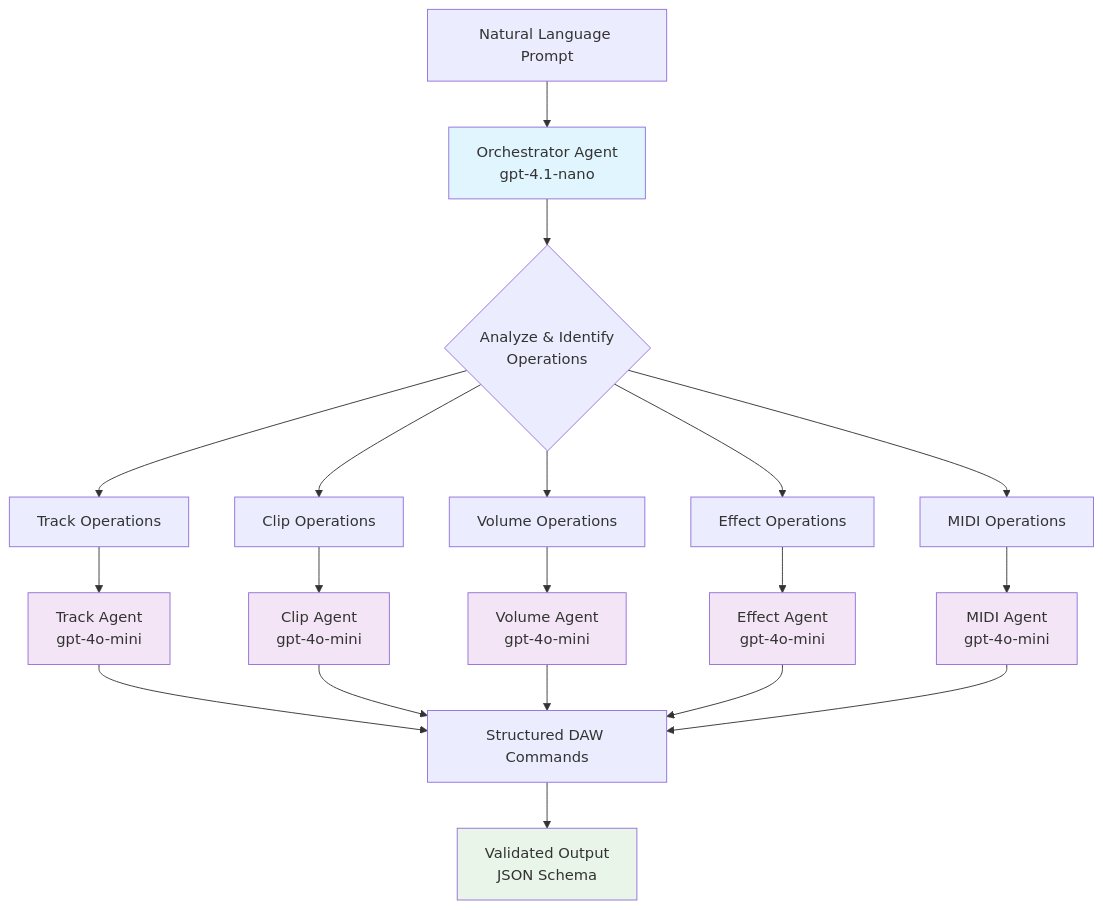
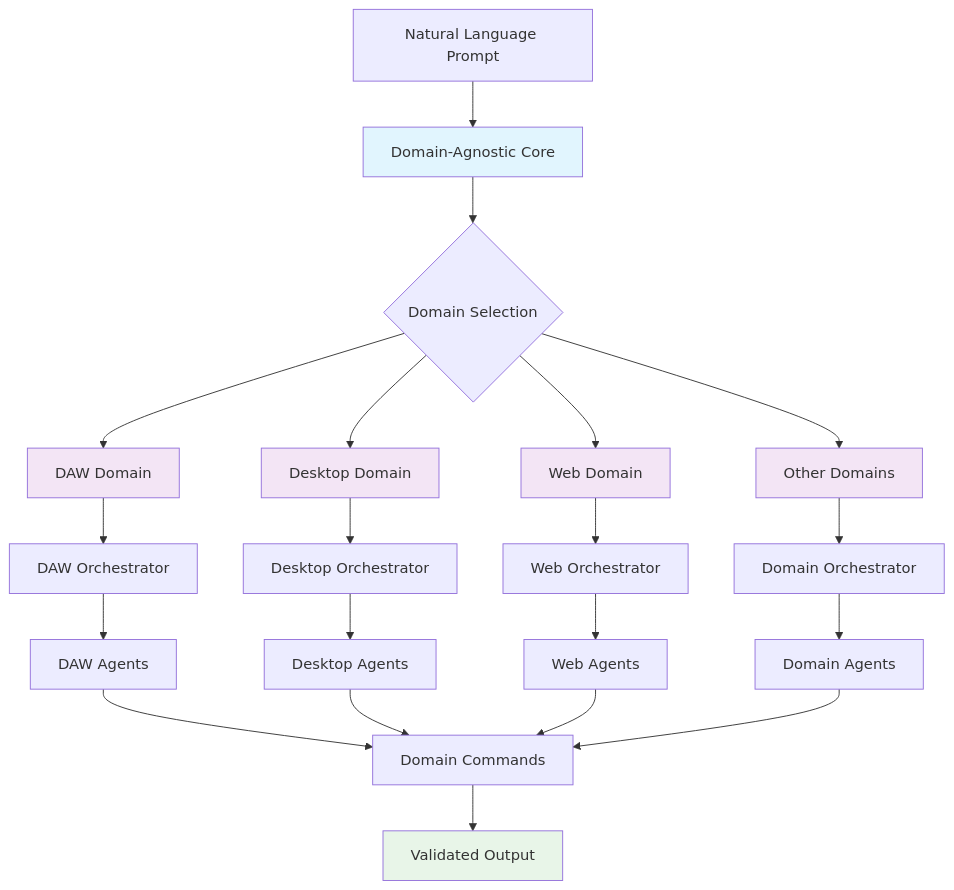
The diagram in README.md (Conceptual-Machines/magda-reaper), drawn with Mermaid before and after one commit. The commit also changed other lines of this file and 52 other files, not shown here.

First line of the commit message:
feat: v1.1.0 - Domain-agnostic architecture and project reorganization

````diff
--- a/README.md
+++ b/README.md
@@ -74,33 +88,34 @@
 ```mermaid
 graph TD
-    A[Natural Language Prompt] --> B[Orchestrator Agent<br/>gpt-4.1-nano]
-    B --> C{Analyze & Identify<br/>Operations}
+    A[Natural Language Prompt] --> B[Domain-Agnostic Core]
+    B --> C{Domain Selection}
 
-    C --> D[Track Operations]
-    C --> E[Clip Operations]
-    C --> F[Volume Operations]
-    C --> G[Effect Operations]
-    C --> H[MIDI Operations]
+    C --> D[DAW Domain]
+    C --> E[Desktop Domain]
+    C --> F[Web Domain]
+    C --> G[Other Domains]
 
-    D --> I[Track Agent<br/>gpt-4o-mini]
-    E --> J[Clip Agent<br/>gpt-4o-mini]
-    F --> K[Volume Agent<br/>gpt-4o-mini]
-    G --> L[Effect Agent<br/>gpt-4o-mini]
-    H --> M[MIDI Agent<br/>gpt-4o-mini]
+    D --> H[DAW Orchestrator]
+    E --> I[Desktop Orchestrator]
+    F --> J[Web Orchestrator]
+    G --> K[Domain Orchestrator]
 
-    I --> N[Structured DAW Commands]
-    J --> N
-    K --> N
-    L --> N
-    M --> N
+    H --> L[DAW Agents]
+    I --> M[Desktop Agents]
+    J --> N[Web Agents]
+    K --> O[Domain Agents]
 
-    N --> O[Validated Output<br/>JSON Schema]
+    L --> P[Domain Commands]
+    M --> P
+    N --> P
+    O --> P
+
+    P --> Q[Validated Output]
 
     style B fill:#e1f5fe
-    style I fill:#f3e5f5
-    style J fill:#f3e5f5
-    style K fill:#f3e5f5
-    style L fill:#f3e5f5
-    style M fill:#f3e5f5
-    style O fill:#e8f5e8
+    style D fill:#f3e5f5
+    style E fill:#f3e5f5
+    style F fill:#f3e5f5
+    style G fill:#f3e5f5
+    style Q fill:#e8f5e8
 ```
````
